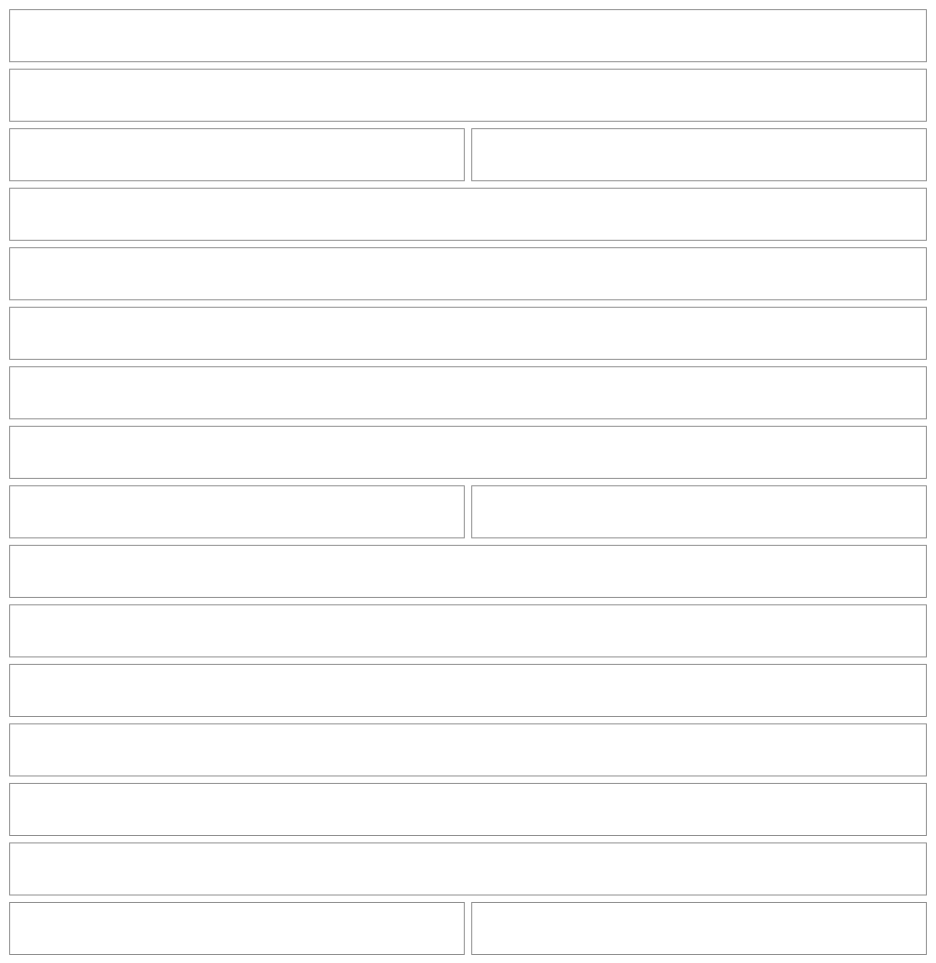
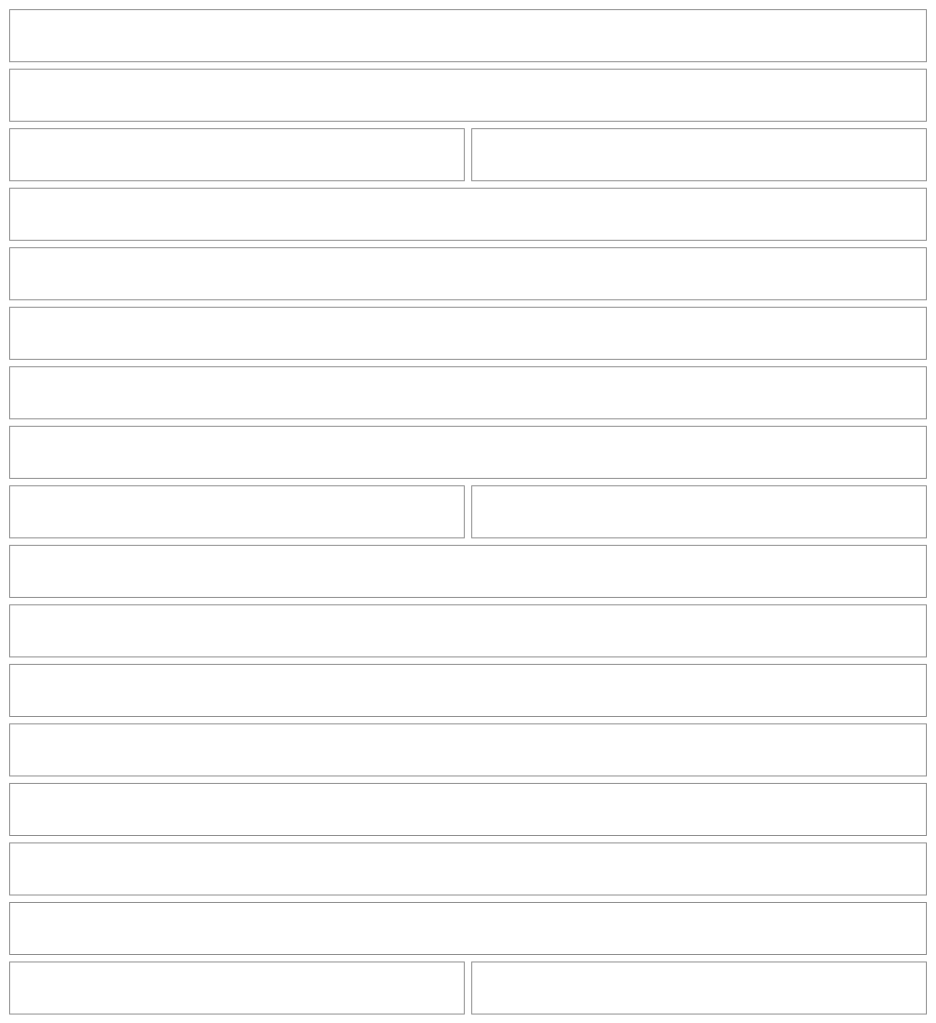
Diagram 19 of 49 in src/apps/pinch/UX.md (NovaMoonX/moondreams-dev-apps), drawn with Mermaid before and after one commit. The commit also changed other lines of this file and 24 other files, not shown here.

````diff
--- a/src/apps/pinch/UX.md
+++ b/src/apps/pinch/UX.md
@@ -607,43 +609,45 @@
 ```mermaid
 %%{init: {'theme': 'base', 'themeVariables': {'primaryColor': 'transparent', 'primaryBorderColor': '#888888', 'primaryTextColor': '#333333', 'lineColor': '#888888'}}}%%
 block-beta
   columns 2
   E1["‹ Adobo chicken"]:2
   E2["Title<br/>Adobo chicken  ›"]:2
   E3["Servings"]:1
   E4["[ − 4 + ]"]:1
   E5["Prep and cook<br/>Prep 10 min · Cook 35 min  ›"]:2
   E6["Photo"]:2
   E7["Description<br/>Sticky, tangy chicken thighs…  ›"]:2
   E19["WHERE IT'S FROM<br/>+ New source · Mom's recipe cards · NYT Cooking · Serious Eats"]:2
   E9["INGREDIENTS 6"]:2
   E10["Chicken thighs"]:1
   E11["2 lb"]:1
   E12["+ Add ingredient"]:2
   E13["STEPS"]:2
   E14["+ Add a step"]:2
+  E21["Keeping it<br/>Fridge 3 days, freezer 3 months, reheating, tip  ›"]:2
   E15["NUTRITION · calculated, per serving   Edit"]:2
   E16["🔥 495 · 💪 61g · 🌾 3g · 🥑 25g"]:2
   E20["What changed and why? (only for a recipe you've cooked) · Optional. Saving adds a note with today's date and what you changed."]:2
   E17["Cancel"]:1
   E18["Save"]:1
   style E1 fill:transparent,stroke:#888888,stroke-width:1px;
   style E2 fill:transparent,stroke:#888888,stroke-width:1px;
   style E3 fill:transparent,stroke:#888888,stroke-width:1px;
   style E4 fill:transparent,stroke:#888888,stroke-width:1px;
   style E5 fill:transparent,stroke:#888888,stroke-width:1px;
   style E6 fill:transparent,stroke:#888888,stroke-width:1px;
   style E7 fill:transparent,stroke:#888888,stroke-width:1px;
   style E19 fill:transparent,stroke:#888888,stroke-width:1px;
   style E9 fill:transparent,stroke:#888888,stroke-width:1px;
   style E10 fill:transparent,stroke:#888888,stroke-width:1px;
   style E11 fill:transparent,stroke:#888888,stroke-width:1px;
   style E12 fill:transparent,stroke:#888888,stroke-width:1px;
   style E13 fill:transparent,stroke:#888888,stroke-width:1px;
   style E14 fill:transparent,stroke:#888888,stroke-width:1px;
+  style E21 fill:transparent,stroke:#888888,stroke-width:1px;
   style E15 fill:transparent,stroke:#888888,stroke-width:1px;
   style E16 fill:transparent,stroke:#888888,stroke-width:1px;
   style E20 fill:transparent,stroke:#888888,stroke-width:1px;
   style E17 fill:transparent,stroke:#888888,stroke-width:1px;
   style E18 fill:transparent,stroke:#888888,stroke-width:1px;
 ```
````
